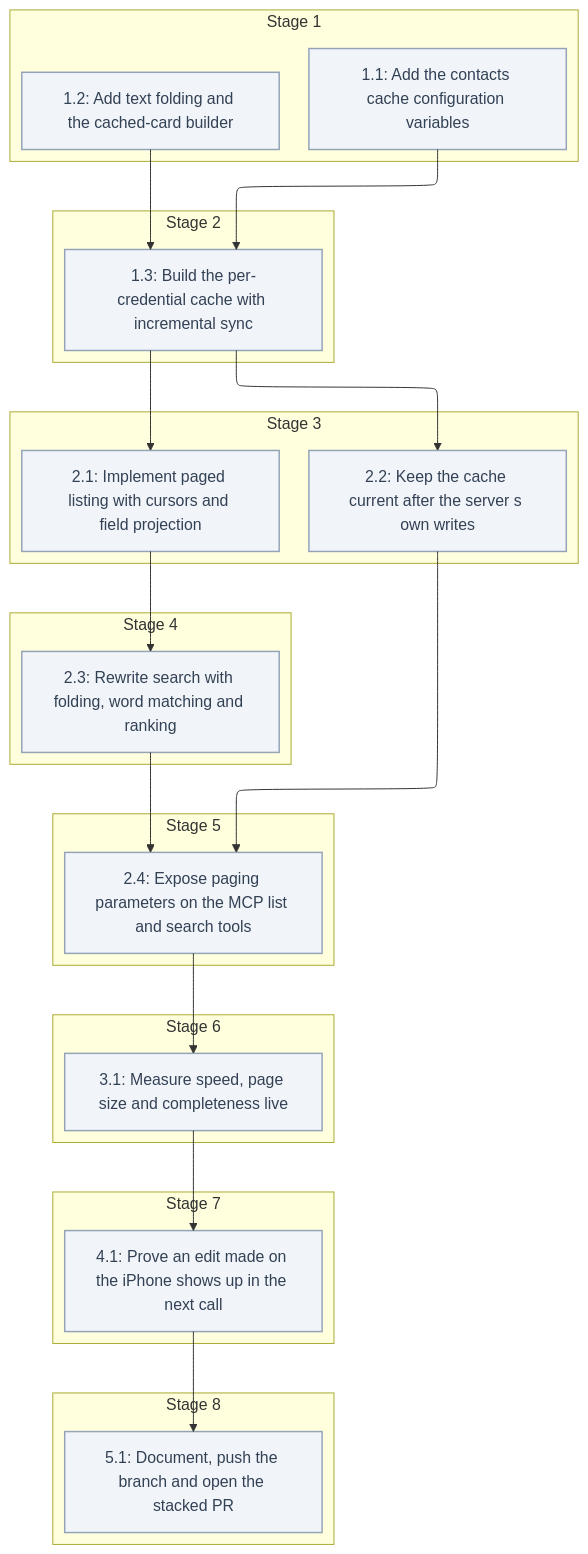
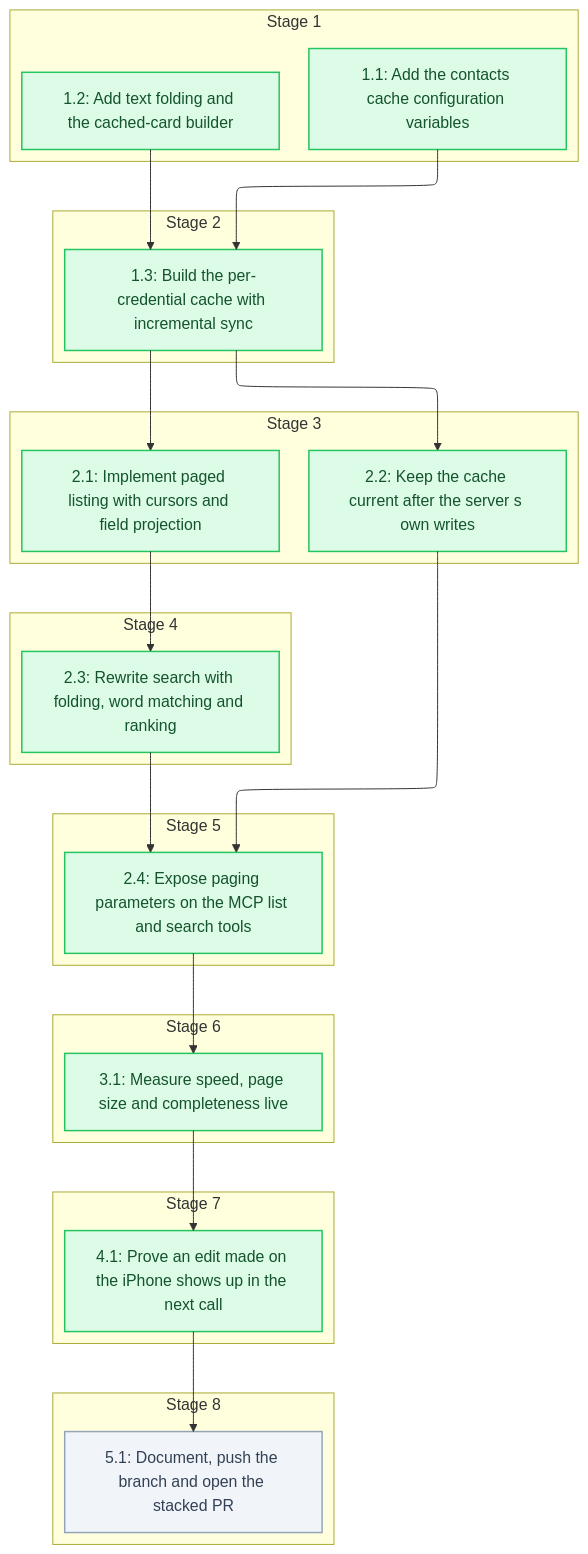
One commit to sohampatwardhan/icloud-mcp changed the diagram in .specs/contacts-list-search-scale/04_tasks.md. Above: the diagram before and after it, drawn with Mermaid. The commit also changed other lines of this file and 4 other files, not shown here.

````diff
--- a/.specs/contacts-list-search-scale/04_tasks.md
+++ b/.specs/contacts-list-search-scale/04_tasks.md
@@ -9,51 +9,52 @@
 ```mermaid
 %%{init: {'flowchart': {'defaultRenderer': 'elk'}}}%%
 flowchart TD
+  classDef done fill:#dcfce7,stroke:#22c55e,stroke-width:1.5px,color:#14532d
   classDef pending fill:#f1f5f9,stroke:#94a3b8,stroke-width:1.5px,color:#334155
   subgraph n_stage_1["Stage 1"]
     n_1_1@{ shape: rect, label: "1.1: Add the contacts cache configuration variables" }
     n_1_2@{ shape: rect, label: "1.2: Add text folding and the cached-card builder" }
   end
   subgraph n_stage_2["Stage 2"]
     n_1_3@{ shape: rect, label: "1.3: Build the per-credential cache with incremental sync" }
   end
   subgraph n_stage_3["Stage 3"]
     n_2_1@{ shape: rect, label: "2.1: Implement paged listing with cursors and field projection" }
     n_2_2@{ shape: rect, label: "2.2: Keep the cache current after the server s own writes" }
   end
   subgraph n_stage_4["Stage 4"]
     n_2_3@{ shape: rect, label: "2.3: Rewrite search with folding, word matching and ranking" }
   end
   subgraph n_stage_5["Stage 5"]
     n_2_4@{ shape: rect, label: "2.4: Expose paging parameters on the MCP list and search tools" }
   end
   subgraph n_stage_6["Stage 6"]
     n_3_1@{ shape: rect, label: "3.1: Measure speed, page size and completeness live" }
   end
   subgraph n_stage_7["Stage 7"]
     n_4_1@{ shape: rect, label: "4.1: Prove an edit made on the iPhone shows up in the next call" }
   end
   subgraph n_stage_8["Stage 8"]
     n_5_1@{ shape: rect, label: "5.1: Document, push the branch and open the stacked PR" }
   end
   n_1_1 --> n_1_3
   n_1_2 --> n_1_3
   n_1_3 --> n_2_1
   n_1_3 --> n_2_2
   n_2_1 --> n_2_3
   n_2_2 --> n_2_4
   n_2_3 --> n_2_4
   n_2_4 --> n_3_1
   n_3_1 --> n_4_1
   n_4_1 --> n_5_1
-  class n_1_1 pending
-  class n_1_2 pending
-  class n_1_3 pending
-  class n_2_1 pending
-  class n_2_2 pending
-  class n_2_3 pending
-  class n_2_4 pending
-  class n_3_1 pending
-  class n_4_1 pending
+  class n_1_1 done
+  class n_1_2 done
+  class n_1_3 done
+  class n_2_1 done
+  class n_2_2 done
+  class n_2_3 done
+  class n_2_4 done
+  class n_3_1 done
+  class n_4_1 done
   class n_5_1 pending
 ```
````
